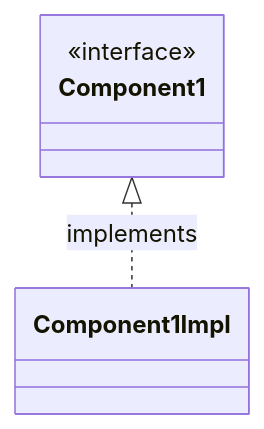
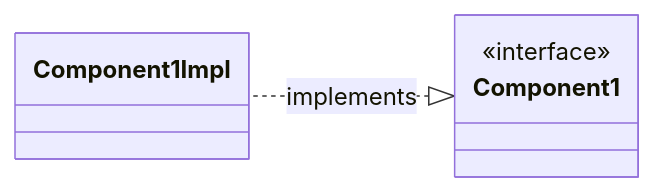
Before and after one commit to structurizr/dsl: the diagram in docs/cookbook/image-view/component1.mmd, drawn with Mermaid.

```diff
--- a/docs/cookbook/image-view/component1.mmd
+++ b/docs/cookbook/image-view/component1.mmd
@@ -1,3 +1,4 @@
 classDiagram
+    direction RL
     Component1 <|.. Component1Impl : implements
     <<interface>> Component1
```
